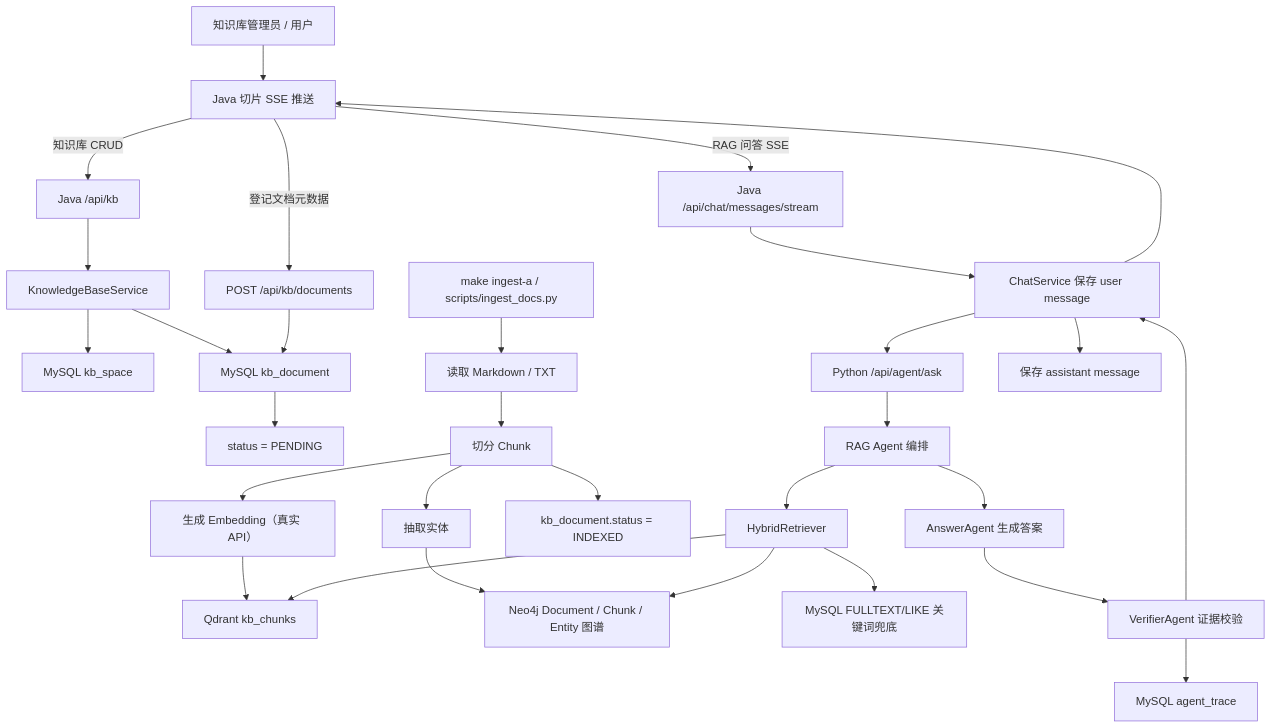
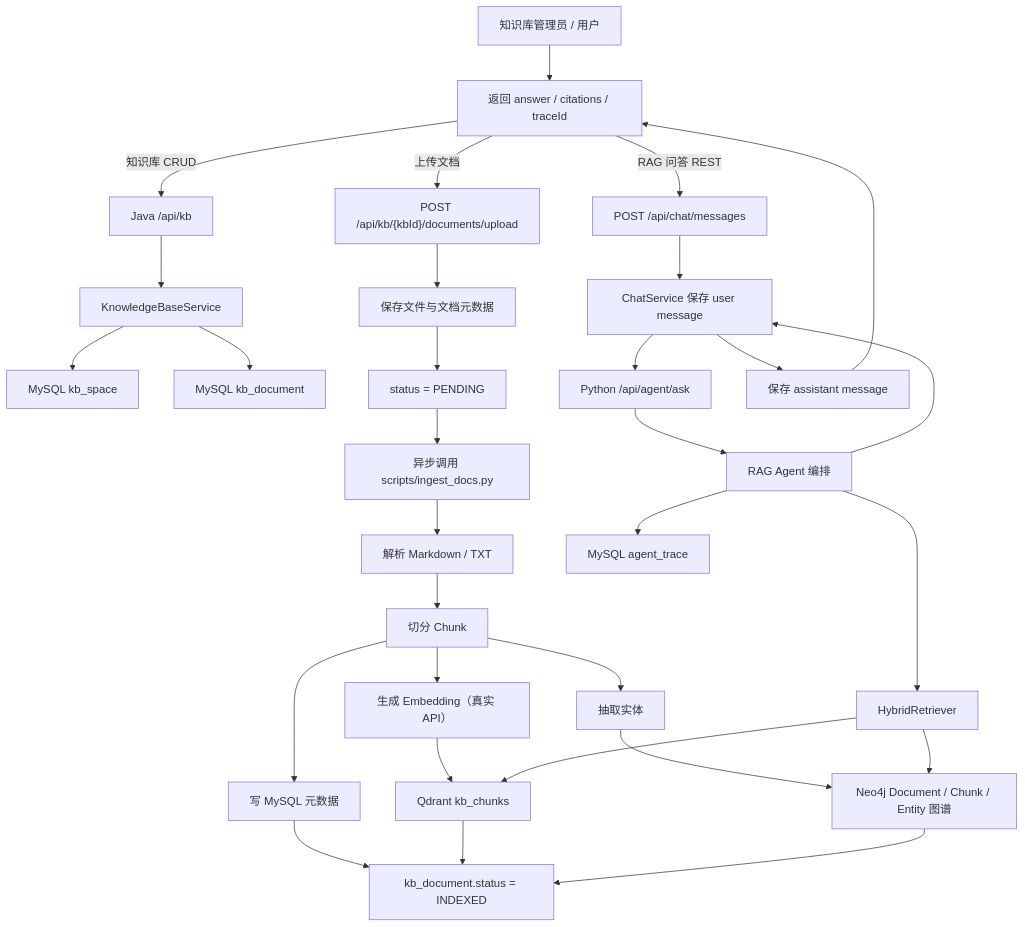
The first of 6 diagrams in docs/KB_OPERATION_FLOW.md (CarlosYonng/ai-agent-portfolio), drawn with Mermaid before and after one commit. The commit also changed other lines of this file and 9 other files, not shown here.

````diff
--- a/docs/KB_OPERATION_FLOW.md
+++ b/docs/KB_OPERATION_FLOW.md
@@ -7,36 +7,37 @@
 ```mermaid
 flowchart TD
     U["知识库管理员 / 用户"] --> F["React 控制台"]
 
     F -->|知识库 CRUD| KBAPI["Java /api/kb"]
     KBAPI --> KBS["KnowledgeBaseService"]
     KBS --> KBSpace["MySQL kb_space"]
     KBS --> KBDoc["MySQL kb_document"]
 
-    F -->|登记文档元数据| DocAPI["POST /api/kb/documents"]
-    DocAPI --> KBDoc
-    KBDoc --> Pending["status = PENDING"]
+    F -->|上传文档| UploadAPI["POST /api/kb/{kbId}/documents/upload"]
+    UploadAPI --> StoreFile["保存文件与文档元数据"]
+    StoreFile --> Pending["status = PENDING"]
+    Pending --> Ingest["异步调用 scripts/ingest_docs.py"]
 
-    AdminScript["make ingest-a / scripts/ingest_docs.py"] --> Parser["读取 Markdown / TXT"]
+    Ingest --> Parser["解析 Markdown / TXT"]
     Parser --> Chunk["切分 Chunk"]
+    Chunk --> Metadata["写 MySQL 元数据"]
     Chunk --> Embed["生成 Embedding（真实 API）"]
     Embed --> Qdrant["Qdrant kb_chunks"]
     Chunk --> Entity["抽取实体"]
     Entity --> Neo4j["Neo4j Document / Chunk / Entity 图谱"]
-    Chunk --> Indexed["kb_document.status = INDEXED"]
+    Metadata --> Indexed["kb_document.status = INDEXED"]
+    Qdrant --> Indexed
+    Neo4j --> Indexed
 
-    F -->|RAG 问答 SSE| ChatAPI["Java /api/chat/messages/stream"]
+    F -->|RAG 问答 REST| ChatAPI["POST /api/chat/messages"]
     ChatAPI --> ChatSvc["ChatService 保存 user message"]
     ChatSvc --> AIAsk["Python /api/agent/ask"]
     AIAsk --> RagAgent["RAG Agent 编排"]
     RagAgent --> Retriever["HybridRetriever"]
     Retriever --> Qdrant
     Retriever --> Neo4j
-    Retriever --> MysqlKW["MySQL FULLTEXT/LIKE 关键词兜底"]
-    RagAgent --> Answer["AnswerAgent 生成答案"]
-    Answer --> Verify["VerifierAgent 证据校验"]
-    Verify --> Trace["MySQL agent_trace"]
-    Verify --> ChatSvc
+    RagAgent --> Trace["MySQL agent_trace"]
+    RagAgent --> ChatSvc
     ChatSvc --> AssistantMsg["保存 assistant message"]
-    ChatSvc --> F["Java 切片 SSE 推送"]
+    AssistantMsg --> F["返回 answer / citations / traceId"]
 ```
````
